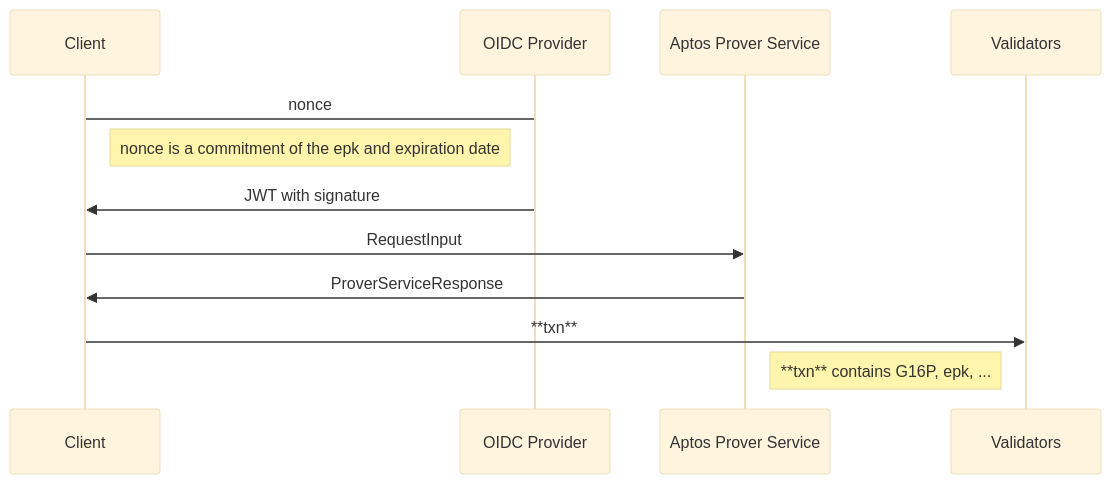
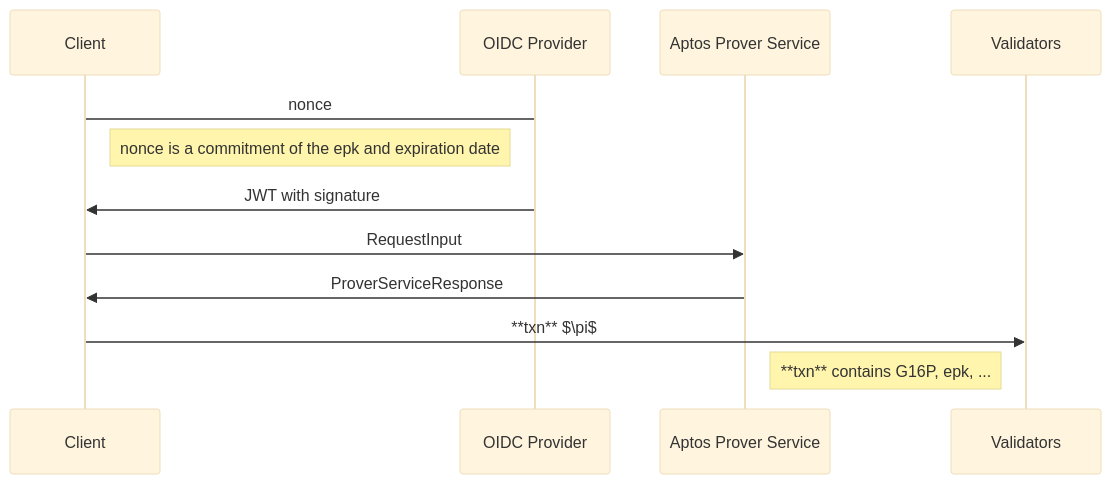
One commit to aptos-foundation/AIPs changed the diagram in aips/aip-x.md. Above: the diagram before and after it, drawn with Mermaid (base theme). The commit also changed other lines of this file, not shown here.

````diff
--- a/aips/aip-x.md
+++ b/aips/aip-x.md
@@ -86,12 +88,12 @@
 ```mermaid
 sequenceDiagram
 Client->OIDC Provider: nonce
 Note left of OIDC Provider: nonce is a commitment of the epk and expiration date
 OIDC Provider->>Client: JWT with signature
 Client->>Aptos Prover Service: RequestInput
 Aptos Prover Service->>Client: ProverServiceResponse
-Client ->> Validators: **txn**
+Client ->> Validators: **txn** $\pi$
 Note left of Validators: **txn** contains G16P, epk, ...
 
 
 ```
````
